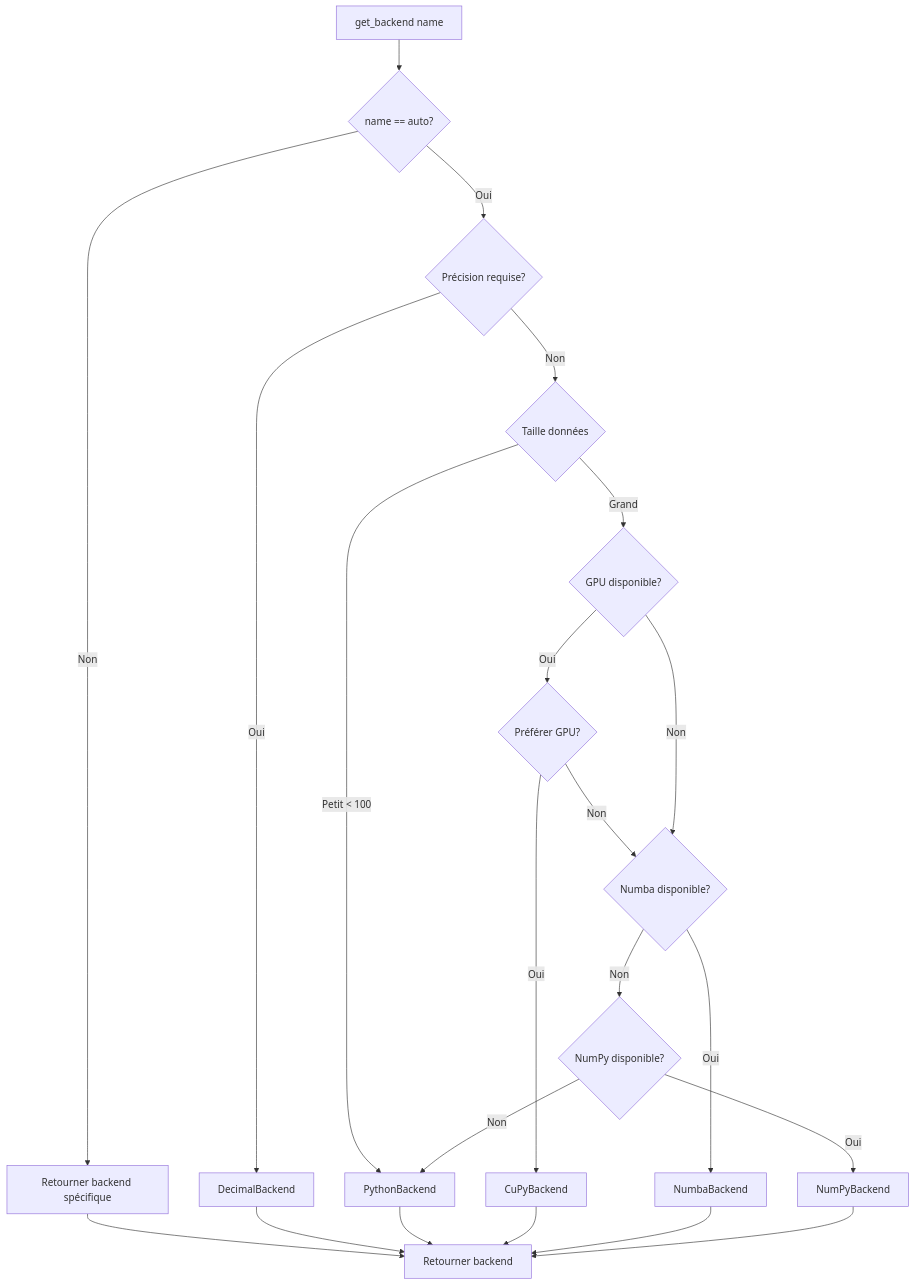
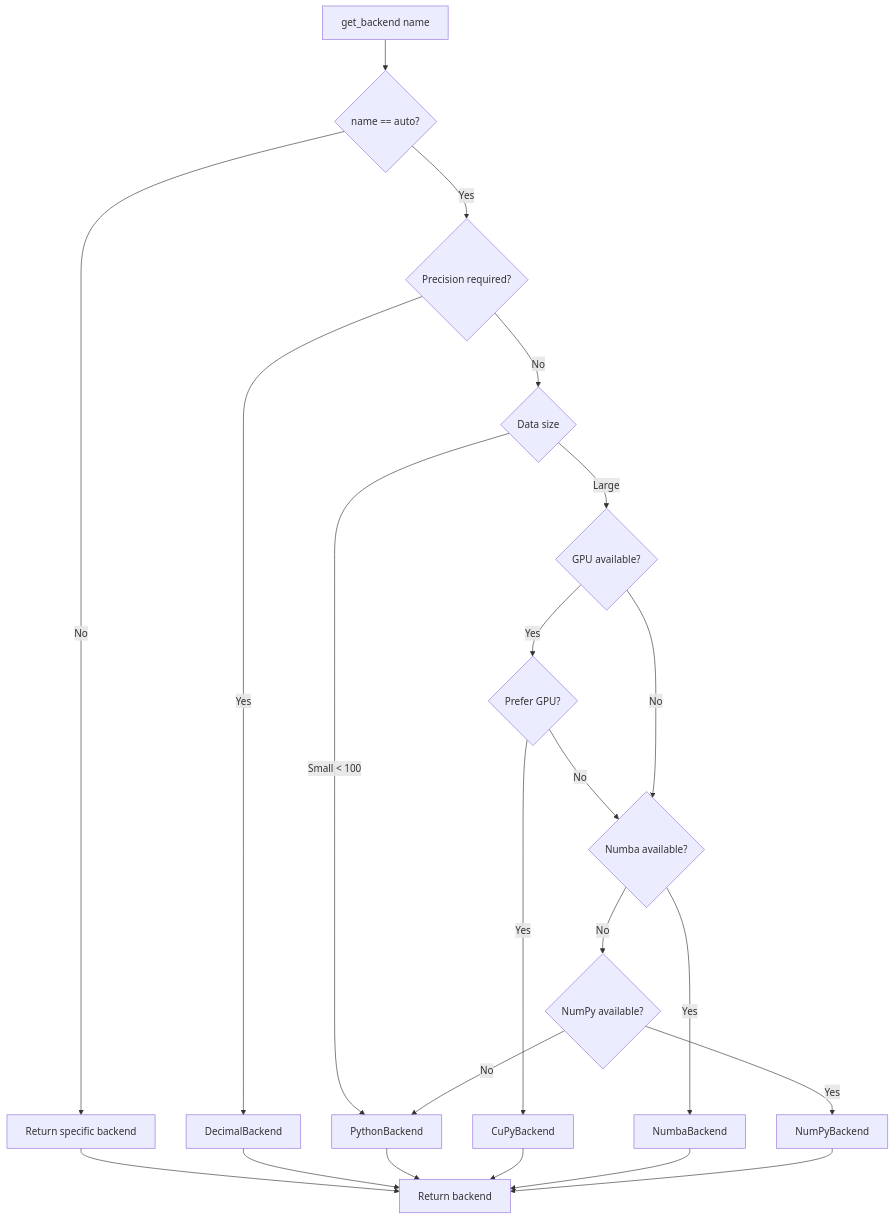
Before and after one commit to Zerhal/nuclear-add: the sixth of 8 diagrams in docs/diagrams.md, drawn with Mermaid. The commit also changed other lines of this file and 10 other files, not shown here.

````diff
--- a/docs/diagrams.md
+++ b/docs/diagrams.md
@@ -213,30 +213,30 @@
 ```mermaid
 flowchart TD
     Start[get_backend name] --> Check{name == auto?}
-    Check -->|Non| Direct[Retourner backend spécifique]
-    Check -->|Oui| Precision{Précision requise?}
+    Check -->|No| Direct[Return specific backend]
+    Check -->|Yes| Precision{Precision required?}
     
-    Precision -->|Oui| Decimal[DecimalBackend]
-    Precision -->|Non| Size{Taille données}
+    Precision -->|Yes| Decimal[DecimalBackend]
+    Precision -->|No| Size{Data size}
     
-    Size -->|Petit < 100| Python[PythonBackend]
-    Size -->|Grand| GPU{GPU disponible?}
+    Size -->|Small < 100| Python[PythonBackend]
+    Size -->|Large| GPU{GPU available?}
     
-    GPU -->|Oui| PreferGPU{Préférer GPU?}
-    PreferGPU -->|Oui| CuPy[CuPyBackend]
-    PreferGPU -->|Non| Numba{Numba disponible?}
+    GPU -->|Yes| PreferGPU{Prefer GPU?}
+    PreferGPU -->|Yes| CuPy[CuPyBackend]
+    PreferGPU -->|No| Numba{Numba available?}
     
-    GPU -->|Non| Numba
-    Numba -->|Oui| NumbaBackend[NumbaBackend]
-    Numba -->|Non| NumPy{NumPy disponible?}
+    GPU -->|No| Numba
+    Numba -->|Yes| NumbaBackend[NumbaBackend]
+    Numba -->|No| NumPy{NumPy available?}
     
-    NumPy -->|Oui| NumPyBackend[NumPyBackend]
-    NumPy -->|Non| Python
+    NumPy -->|Yes| NumPyBackend[NumPyBackend]
+    NumPy -->|No| Python
     
-    Direct --> Return[Retourner backend]
+    Direct --> Return[Return backend]
     Decimal --> Return
     Python --> Return
     CuPy --> Return
     NumbaBackend --> Return
     NumPyBackend --> Return
 ```
````
